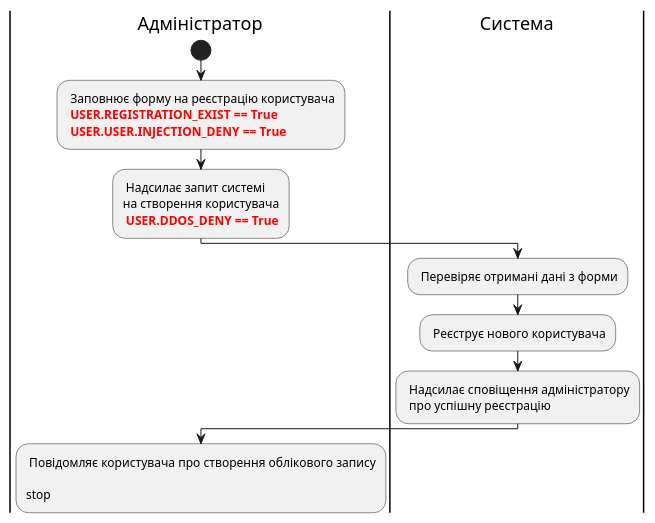
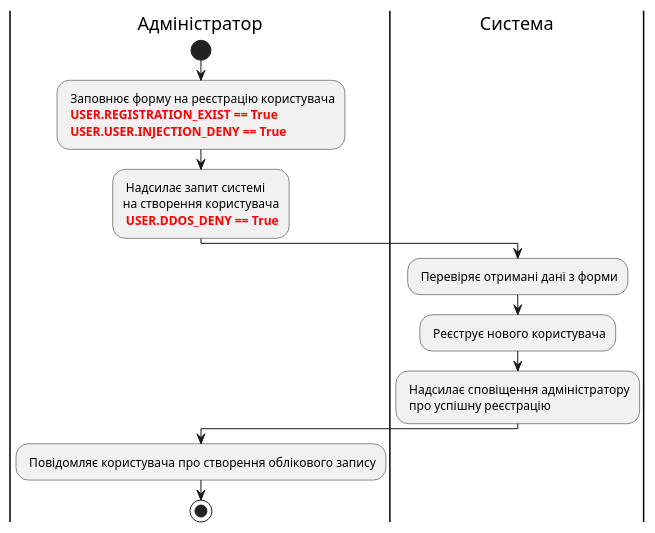
One commit to anastasiadyvnich/edu_db_labs changed the tenth of 14 diagrams in docs/use cases/README.md. Above: the diagram before and after it, drawn with PlantUML. The commit also changed other lines of this file, not shown here.

```diff
--- a/docs/use cases/README.md
+++ b/docs/use cases/README.md
@@ -356,28 +356,28 @@
 @startuml
 
     |Адміністратор|
     start;
     : Заповнює форму на реєстрацію користувача
     <font color="red"><b> USER.REGISTRATION_EXIST == True
     <font color="red"><b> USER.USER.INJECTION_DENY == True;
 
     |Адміністратор|
     : Надсилає запит системі
     на створення користувача
     <font color="red"><b> USER.DDOS_DENY == True;
 
     |Система|
     : Перевіряє отримані дані з форми;
 
     |Система|
     : Реєструє нового користувача;
 
     |Система|
     : Надсилає сповіщення адміністратору\n про успішну реєстрацію;
 
     |Адміністратор|
-    : Повідомляє користувача про створення облікового запису
+    : Повідомляє користувача про створення облікового запису;
 
     stop;
 
 @enduml
```
